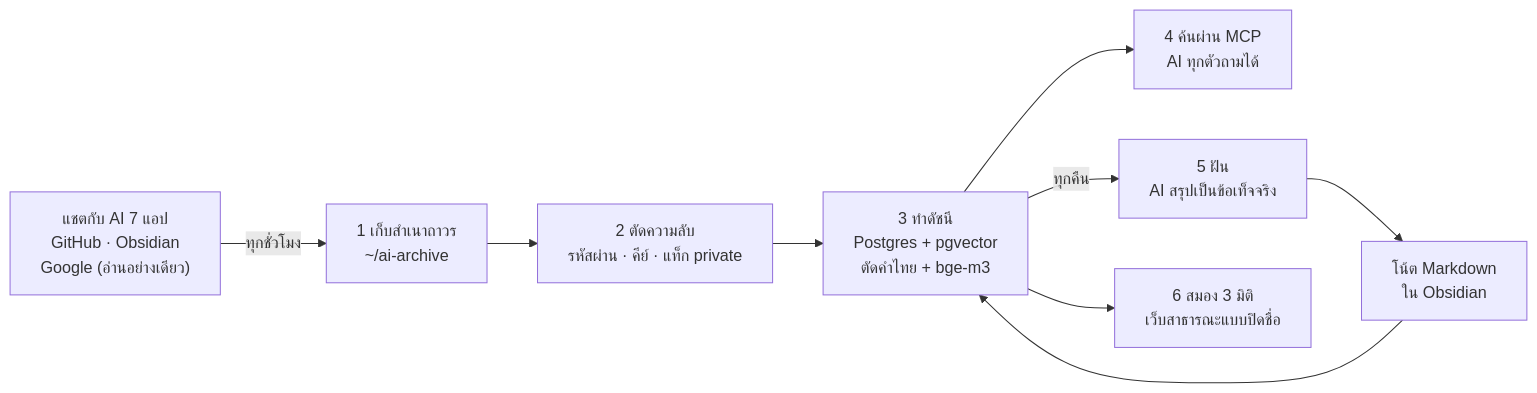
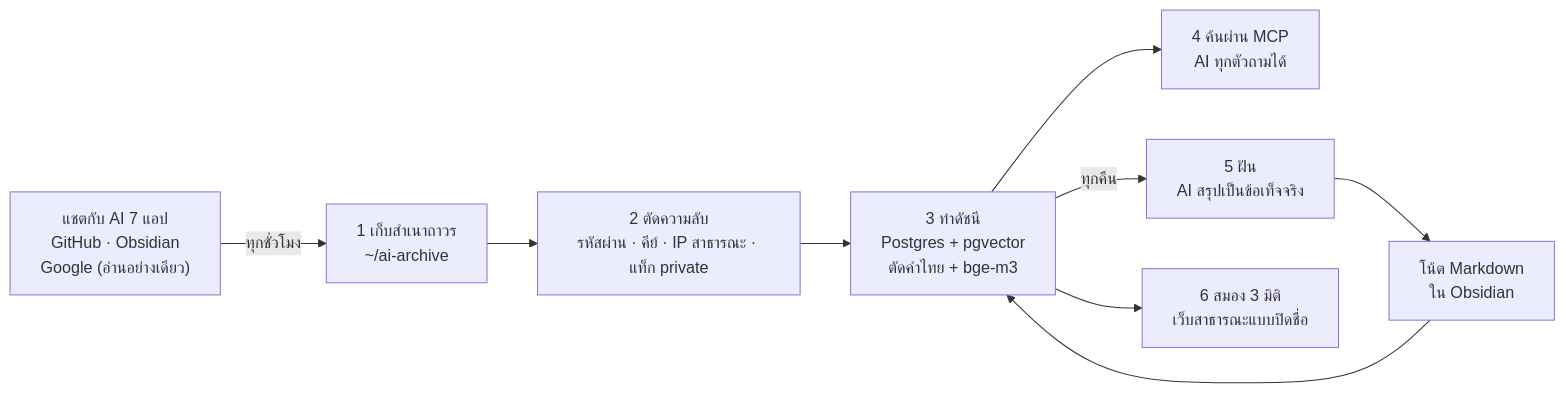
The diagram in README.md (jaturapornchai/mymemory01), drawn with Mermaid before and after one commit. The commit also changed other lines of this file and 10 other files, not shown here.

````diff
--- a/README.md
+++ b/README.md
@@ -42,11 +42,11 @@
 ```mermaid
 flowchart LR
   A["แชตกับ AI 7 แอป<br/>GitHub · Obsidian<br/>Google (อ่านอย่างเดียว)"] -->|ทุกชั่วโมง| B["1 เก็บสำเนาถาวร<br/>~/ai-archive"]
-  B --> C["2 ตัดความลับ<br/>รหัสผ่าน · คีย์ · แท็ก private"]
+  B --> C["2 ตัดความลับ<br/>รหัสผ่าน · คีย์ · IP สาธารณะ · แท็ก private"]
   C --> D["3 ทำดัชนี<br/>Postgres + pgvector<br/>ตัดคำไทย + bge-m3"]
   D --> E["4 ค้นผ่าน MCP<br/>AI ทุกตัวถามได้"]
   D -->|ทุกคืน| F["5 ฝัน<br/>AI สรุปเป็นข้อเท็จจริง"]
   F --> G["โน้ต Markdown<br/>ใน Obsidian"]
   G --> D
   D --> H["6 สมอง 3 มิติ<br/>เว็บสาธารณะแบบปิดชื่อ"]
 ```
````
